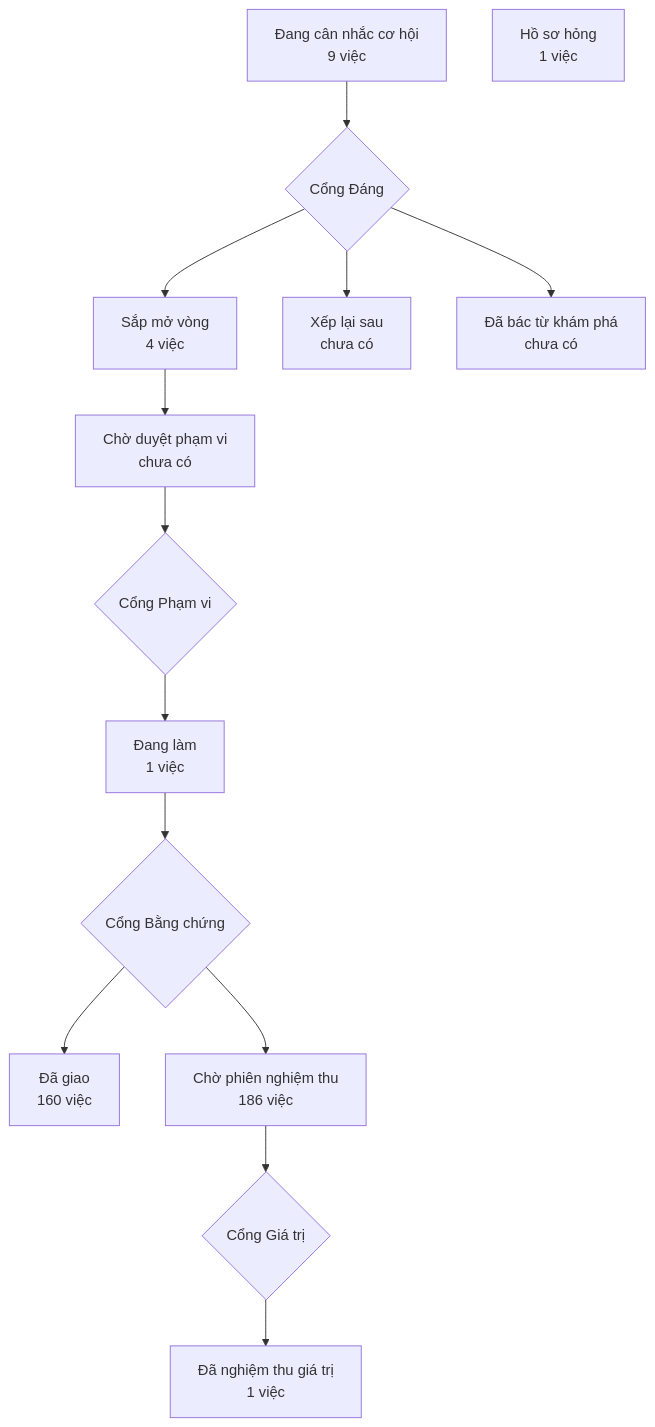
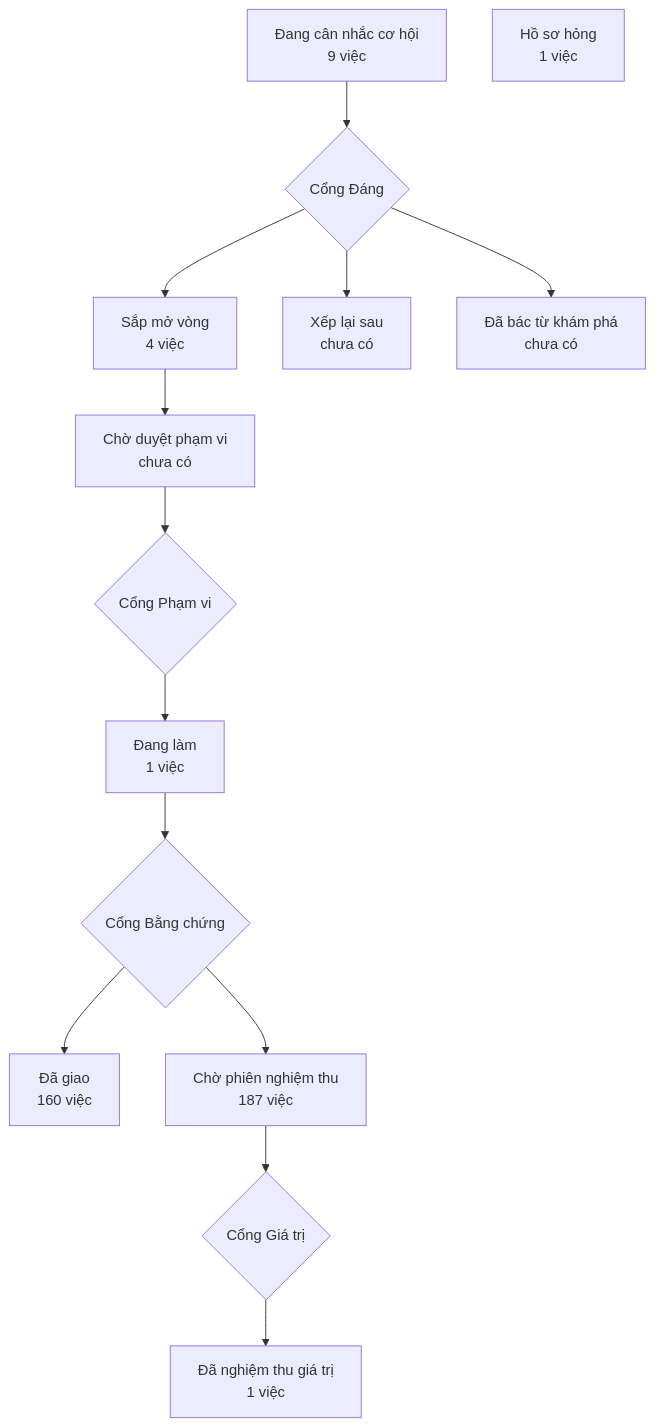
One commit to phanlemanh/crm-onehub changed the diagram in PRODUCT-MAP.md. Above: the diagram before and after it, drawn with Mermaid. The commit also changed 1 other file, not shown here.

Commit message:
chore(bam-kr-mo-chi-tiet-kr): vẽ lại bản đồ sản phẩm từ bản sạch sau khi gộp onehub (#574)

````diff
--- a/PRODUCT-MAP.md
+++ b/PRODUCT-MAP.md
@@ -7,13 +7,13 @@
 ```mermaid
 flowchart TD
   A["Đang cân nhắc cơ hội<br/>9 việc"] --> GD{"Cổng Đáng"}
   GD --> B["Sắp mở vòng<br/>4 việc"]
   GD --> XL["Xếp lại sau<br/>chưa có"]
   GD --> DB["Đã bác từ khám phá<br/>chưa có"]
   B --> CD["Chờ duyệt phạm vi<br/>chưa có"] --> GP{"Cổng Phạm vi"}
   GP --> DL["Đang làm<br/>1 việc"] --> GB{"Cổng Bằng chứng"}
   GB --> DG["Đã giao<br/>160 việc"]
-  GB --> CN["Chờ phiên nghiệm thu<br/>186 việc"] --> GG{"Cổng Giá trị"}
+  GB --> CN["Chờ phiên nghiệm thu<br/>187 việc"] --> GG{"Cổng Giá trị"}
   GG --> NT["Đã nghiệm thu giá trị<br/>1 việc"]
   HS["Hồ sơ hỏng<br/>1 việc"]
 ```
````
